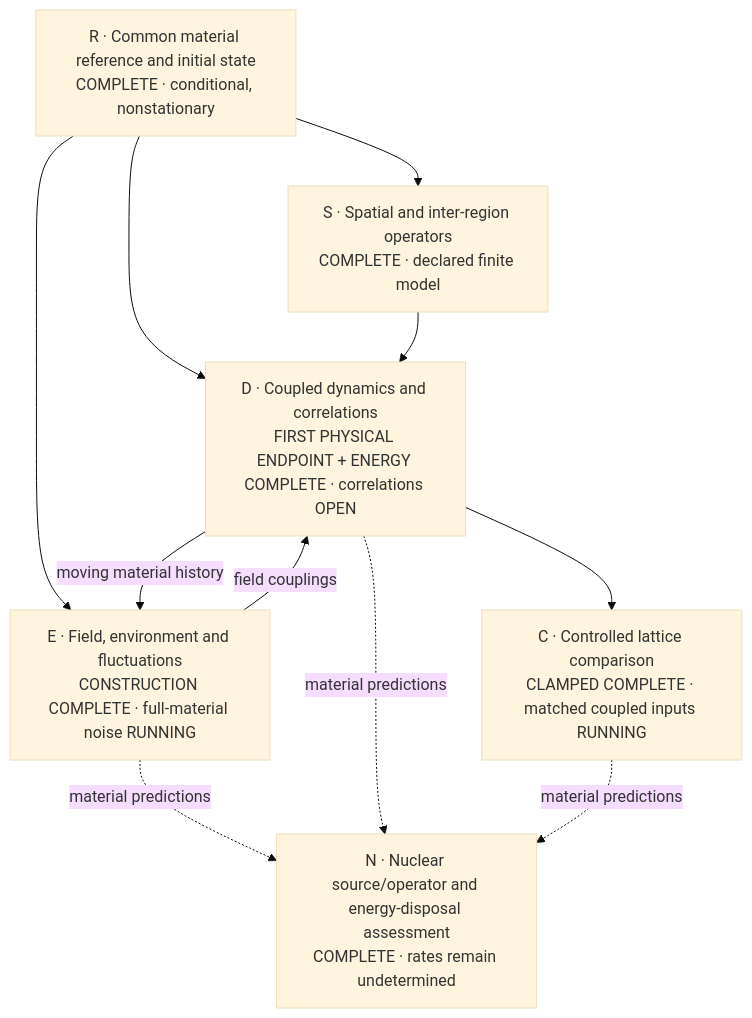
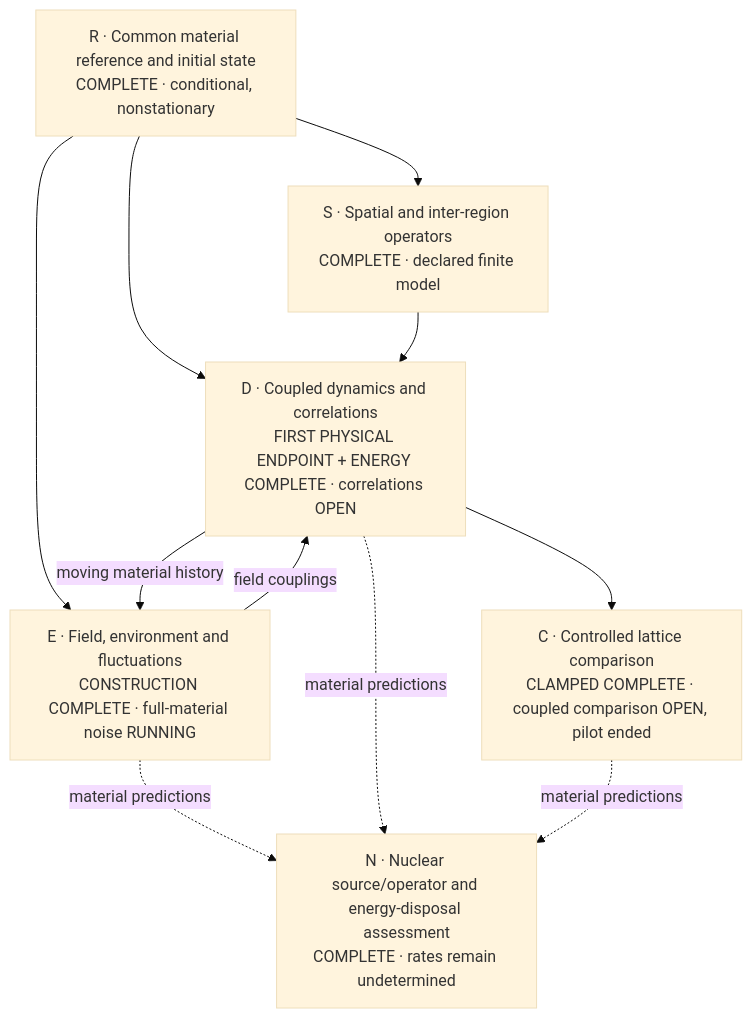
The first of 2 diagrams in proposals/P254-ni-collective-response/SOLUTION.md (vantasnerdan/substrate-framework), drawn with Mermaid (base theme) before and after one commit. The commit also changed other lines of this file and 7 other files, not shown here.

````diff
--- a/proposals/P254-ni-collective-response/SOLUTION.md
+++ b/proposals/P254-ni-collective-response/SOLUTION.md
@@ -18,19 +18,19 @@
 ```mermaid
 flowchart TD
     R["R · Common material reference and initial state\nCOMPLETE · conditional, nonstationary"]
     S["S · Spatial and inter-region operators\nCOMPLETE · declared finite model"]
     E["E · Field, environment and fluctuations\nCONSTRUCTION COMPLETE · full-material noise RUNNING"]
     D["D · Coupled dynamics and correlations\nFIRST PHYSICAL ENDPOINT + ENERGY COMPLETE · correlations OPEN"]
-    C["C · Controlled lattice comparison\nCLAMPED COMPLETE · matched coupled inputs RUNNING"]
+    C["C · Controlled lattice comparison\nCLAMPED COMPLETE · coupled comparison OPEN, pilot ended"]
     N["N · Nuclear source/operator and energy-disposal assessment\nCOMPLETE · rates remain undetermined"]
     R --> S
     R --> E
     R --> D
     S --> D
     E -- "field couplings" --> D
     D -- "moving material history" --> E
     D --> C
     E -. "material predictions" .-> N
     D -. "material predictions" .-> N
     C -. "material predictions" .-> N
 ```
````
